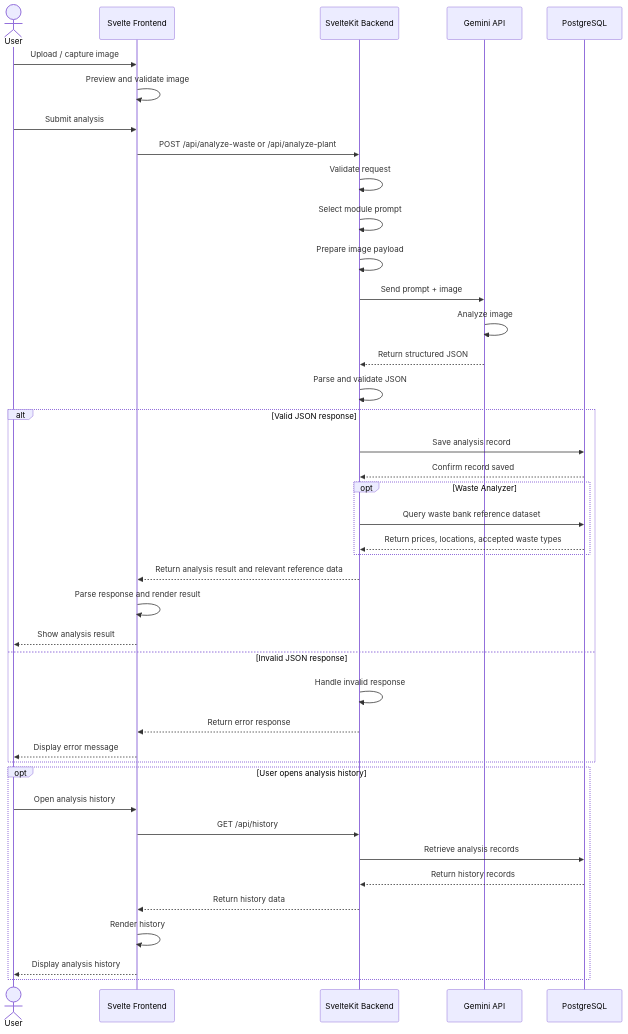
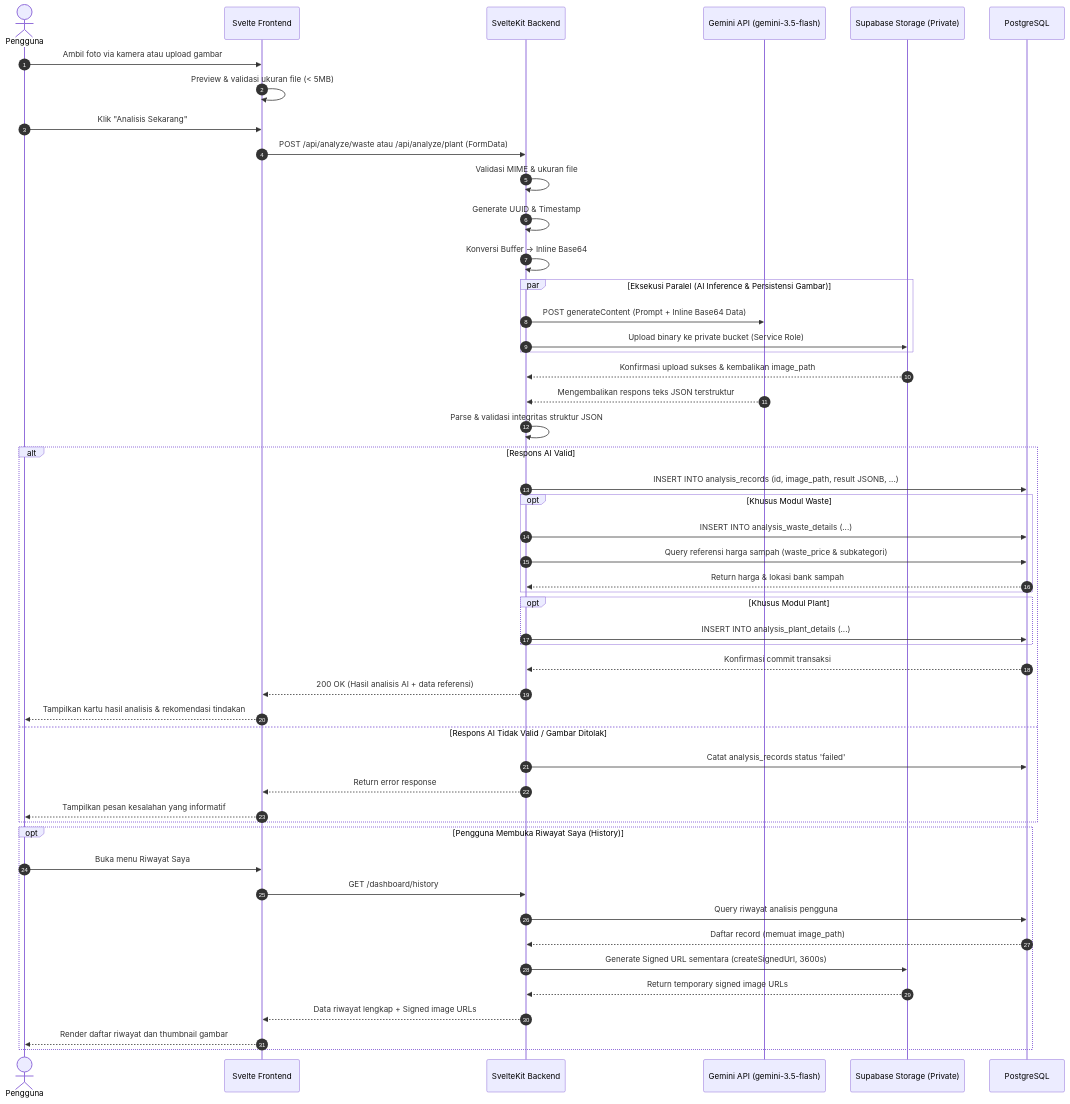
Before and after one commit to christianxavierVibecode/SustainAI: the second of 2 diagrams in README.md, drawn with Mermaid. The commit also changed other lines of this file and 1 other file, not shown here.

Commit message:
docs: update architecture diagram and environment configuration in readme

````diff
--- a/README.md
+++ b/README.md
@@ -397,51 +385,62 @@
 ```mermaid
 sequenceDiagram
-    actor User
+    autonumber
+    actor User as Pengguna
     participant UI as Svelte Frontend
     participant API as SvelteKit Backend
-    participant Gemini as Gemini API
+    participant Gemini as Gemini API (gemini-3.5-flash)
+    participant Storage as Supabase Storage (Private)
     participant DB as PostgreSQL
 
-    User->>UI: Upload / capture image
-    UI->>UI: Preview and validate image
-    User->>UI: Submit analysis
+    User->>UI: Ambil foto via kamera atau upload gambar
+    UI->>UI: Preview & validasi ukuran file (< 5MB)
+    User->>UI: Klik "Analisis Sekarang"
 
-    UI->>API: POST /api/analyze-waste or /api/analyze-plant
-    API->>API: Validate request
-    API->>API: Select module prompt
-    API->>API: Prepare image payload
+    UI->>API: POST /api/analyze/waste atau /api/analyze/plant (FormData)
+    API->>API: Validasi MIME & ukuran file
+    API->>API: Generate UUID & Timestamp
+    API->>API: Konversi Buffer -> Inline Base64
 
-    API->>Gemini: Send prompt + image
-    Gemini->>Gemini: Analyze image
-    Gemini-->>API: Return structured JSON
-    API->>API: Parse and validate JSON
+    par Eksekusi Paralel (AI Inference & Persistensi Gambar)
+        API->>Gemini: POST generateContent (Prompt + Inline Base64 Data)
+        API->>Storage: Upload binary ke private bucket (Service Role)
+    end
 
-    alt Valid JSON response
-        API->>DB: Save analysis record
-        DB-->>API: Confirm record saved
+    Storage-->>API: Konfirmasi upload sukses & kembalikan image_path
+    Gemini-->>API: Mengembalikan respons teks JSON terstruktur
+    API->>API: Parse & validasi integritas struktur JSON
 
-        opt Waste Analyzer
-            API->>DB: Query waste bank reference dataset
-            DB-->>API: Return prices, locations, accepted waste types
+    alt Respons AI Valid
+        API->>DB: INSERT INTO analysis_records (id, image_path, result JSONB, ...)
+
+        opt Khusus Modul Waste
+            API->>DB: INSERT INTO analysis_waste_details (...)
+            API->>DB: Query referensi harga sampah (waste_price & subkategori)
+            DB-->>API: Return harga & lokasi bank sampah
         end
 
-        API-->>UI: Return analysis result and relevant reference data
-        UI->>UI: Parse response and render result
-        UI-->>User: Show analysis result
+        opt Khusus Modul Plant
+            API->>DB: INSERT INTO analysis_plant_details (...)
+        end
 
-    else Invalid JSON response
-        API->>API: Handle invalid response
+        DB-->>API: Konfirmasi commit transaksi
+        API-->>UI: 200 OK (Hasil analisis AI + data referensi)
+        UI-->>User: Tampilkan kartu hasil analisis & rekomendasi tindakan
+
+    else Respons AI Tidak Valid / Gambar Ditolak
+        API->>DB: Catat analysis_records status 'failed'
         API-->>UI: Return error response
-        UI-->>User: Display error message
+        UI-->>User: Tampilkan pesan kesalahan yang informatif
     end
 
-    opt User opens analysis history
-        User->>UI: Open analysis history
-        UI->>API: GET /api/history
-        API->>DB: Retrieve analysis records
-        DB-->>API: Return history records
-        API-->>UI: Return history data
-        UI->>UI: Render history
-        UI-->>User: Display analysis history
+    opt Pengguna Membuka Riwayat Saya (History)
+        User->>UI: Buka menu Riwayat Saya
+        UI->>API: GET /dashboard/history
+        API->>DB: Query riwayat analisis pengguna
+        DB-->>API: Daftar record (memuat image_path)
+        API->>Storage: Generate Signed URL sementara (createSignedUrl, 3600s)
+        Storage-->>API: Return temporary signed image URLs
+        API-->>UI: Data riwayat lengkap + Signed image URLs
+        UI-->>User: Render daftar riwayat dan thumbnail gambar
     end
 ```
````
